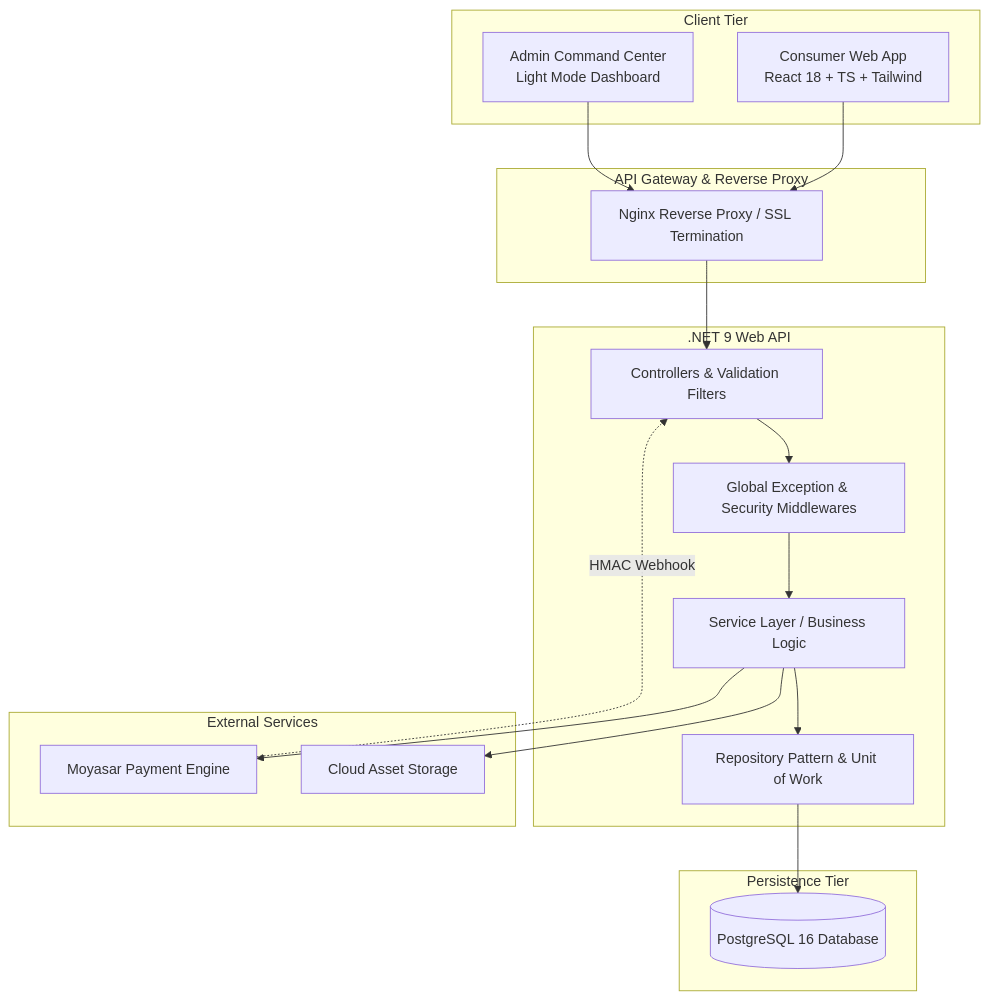
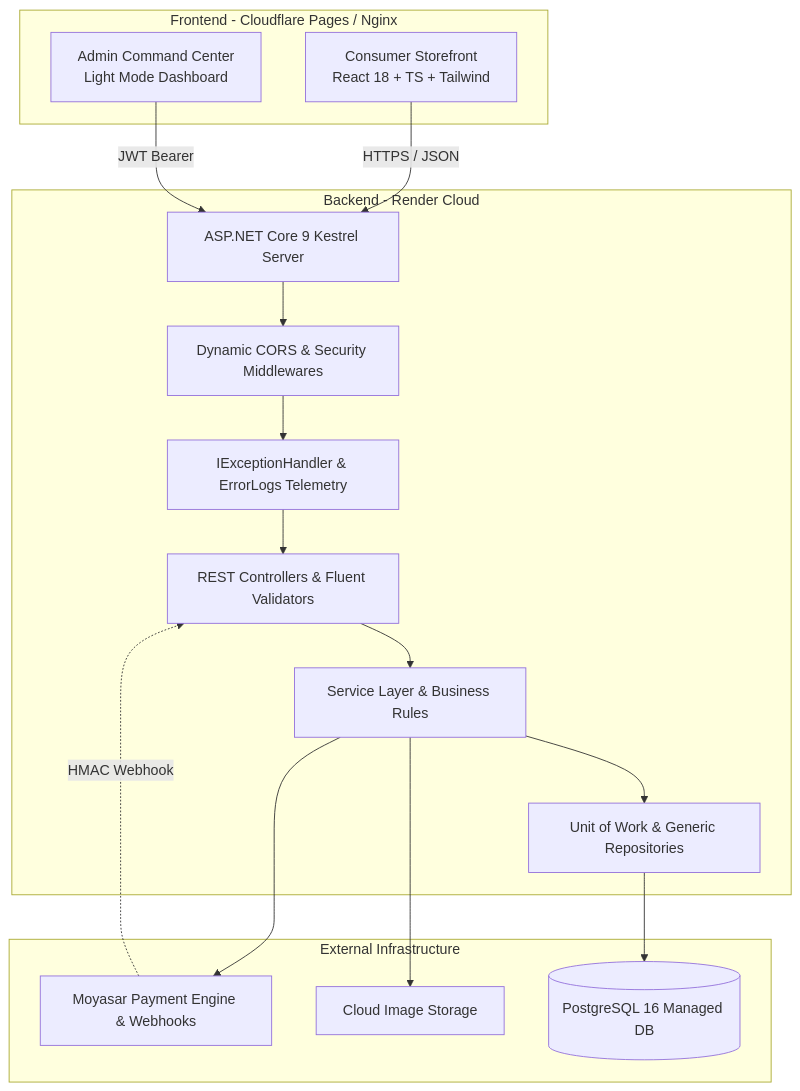
Before and after one commit to Aymn-Ahmed/anwar-alwaha-store: the diagram in README.md, drawn with Mermaid. The commit also changed other lines of this file and 33 other files, not shown here.

````diff
--- a/README.md
+++ b/README.md
@@ -46,38 +54,34 @@
 ```mermaid
 graph TD
-    subgraph Client Tier
-        UI[Consumer Web App<br/>React 18 + TS + Tailwind]
-        Admin[Admin Command Center<br/>Light Mode Dashboard]
+    subgraph Client Tier [Frontend - Cloudflare Pages / Nginx]
+        Storefront[Consumer Storefront<br/>React 18 + TS + Tailwind]
+        AdminUI[Admin Command Center<br/>Light Mode Dashboard]
     end
 
-    subgraph API Gateway & Reverse Proxy
-        NGINX[Nginx Reverse Proxy / SSL Termination]
+    subgraph API Gateway & Hosting [Backend - Render Cloud]
+        Kestrel[ASP.NET Core 9 Kestrel Server]
+        GlobalHandler[IExceptionHandler & ErrorLogs Telemetry]
+        CORS[Dynamic CORS & Security Middlewares]
+        Controllers[REST Controllers & Fluent Validators]
+        Services[Service Layer & Business Rules]
+        UnitOfWork[Unit of Work & Generic Repositories]
     end
 
-    subgraph Backend Core [.NET 9 Web API]
-        Controller[Controllers & Validation Filters]
-        Middlewares[Global Exception & Security Middlewares]
-        ServiceLayer[Service Layer / Business Logic]
-        RepoLayer[Repository Pattern & Unit of Work]
+    subgraph External Infrastructure
+        MoyasarEngine[Moyasar Payment Engine & Webhooks]
+        SupabaseStorage[Cloud Image Storage]
+        PostgresDB[(PostgreSQL 16 Managed DB)]
     end
 
-    subgraph External Services
-        Moyasar[Moyasar Payment Engine]
-        SupabaseStorage[Cloud Asset Storage]
-    end
-
-    subgraph Persistence Tier
-        Postgres[(PostgreSQL 16 Database)]
-    end
-
-    UI --> NGINX
-    Admin --> NGINX
-    NGINX --> Controller
-    Controller --> Middlewares
-    Middlewares --> ServiceLayer
-    ServiceLayer --> RepoLayer
-    ServiceLayer --> Moyasar
-    ServiceLayer --> SupabaseStorage
-    RepoLayer --> Postgres
-    Moyasar -.->|HMAC Webhook| Controller
+    Storefront -->|HTTPS / JSON| Kestrel
+    AdminUI -->|JWT Bearer| Kestrel
+    Kestrel --> CORS
+    CORS --> GlobalHandler
+    GlobalHandler --> Controllers
+    Controllers --> Services
+    Services --> UnitOfWork
+    Services --> MoyasarEngine
+    Services --> SupabaseStorage
+    UnitOfWork --> PostgresDB
+    MoyasarEngine -.->|HMAC Webhook| Controllers
 ```
````
